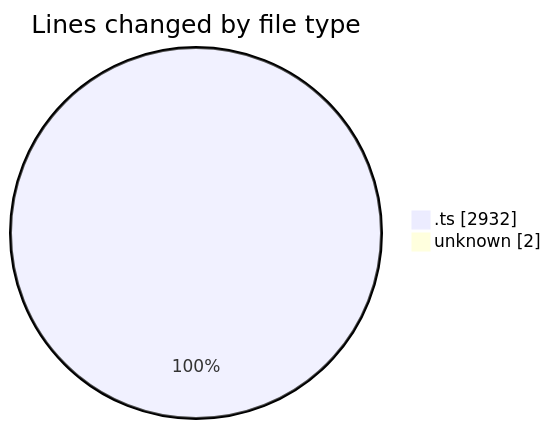
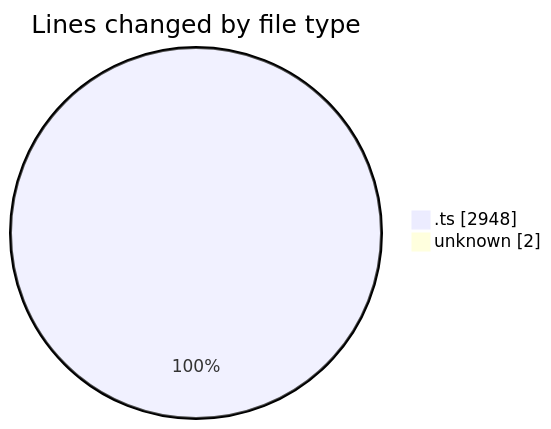
The first of 2 diagrams in 2025-08-07/cda/README.md (momahboobian/code-tracking), drawn with Mermaid before and after one commit. The commit also changed other lines of this file and 1 other file, not shown here.

````diff
--- a/2025-08-07/cda/README.md
+++ b/2025-08-07/cda/README.md
@@ -24,6 +24,6 @@
 ```mermaid
 pie showData
 title Lines changed by file type
-".ts" : 2932
+".ts" : 2948
 "unknown" : 2
 ```
````
